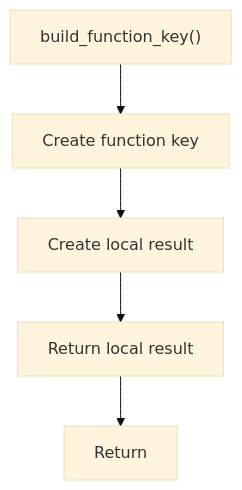
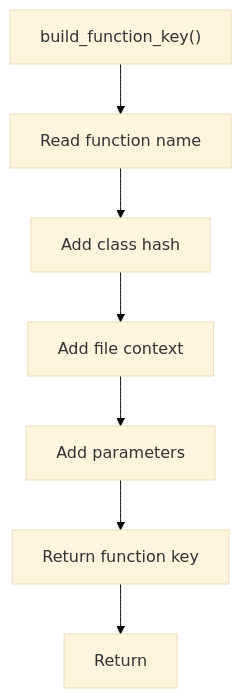
Before and after one commit to JohnAndrewBalbarosa/NeoTerritory: the diagram in docs/Codebase/Microservice/Modules/Source/Analysis/ImplementationUse/Resolution/Symbols/Resolve/Flow/functions/build_function_key.cpp.md, drawn with Mermaid (base theme). The commit also changed other lines of this file and 147 other files, not shown here.

````diff
--- a/docs/Codebase/Microservice/Modules/Source/Analysis/ImplementationUse/Resolution/Symbols/Resolve/Flow/functions/build_function_key.cpp.md
+++ b/docs/Codebase/Microservice/Modules/Source/Analysis/ImplementationUse/Resolution/Symbols/Resolve/Flow/functions/build_function_key.cpp.md
@@ -17,12 +25,16 @@
 ```mermaid
 flowchart TD
     Start["build_function_key()"]
-    N0["Create function key"]
-    N1["Create local result"]
-    N2["Return local result"]
+    N0["Read function name"]
+    N1["Add class hash"]
+    N2["Add file context"]
+    N3["Add parameters"]
+    N4["Return function key"]
     End["Return"]
     Start --> N0
     N0 --> N1
     N1 --> N2
-    N2 --> End
+    N2 --> N3
+    N3 --> N4
+    N4 --> End
 ```
````
